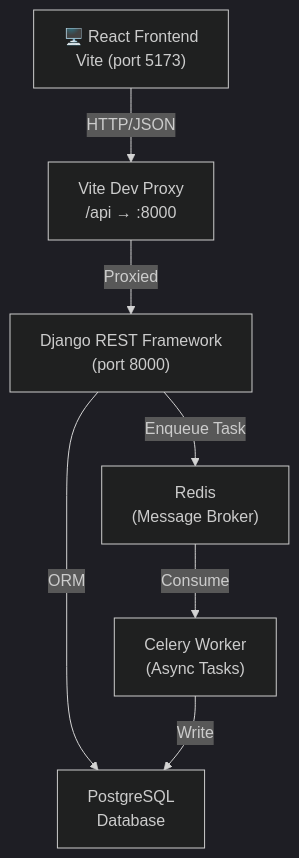
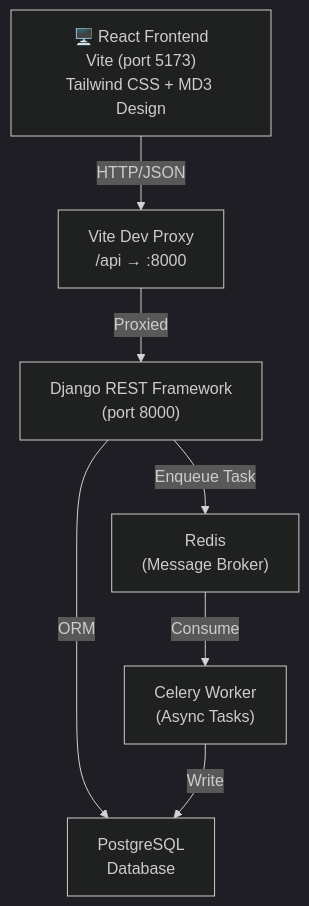
Before and after one commit to sharma614/Credit-Approval-System: the diagram in README.md, drawn with Mermaid (dark theme). The commit also changed other lines of this file and 25 other files, not shown here.

````diff
--- a/README.md
+++ b/README.md
@@ -18,16 +19,16 @@
 ```mermaid
 graph TD
-    FE["🖥️ React Frontend<br/>Vite (port 5173)"]
+    FE["🖥️ React Frontend<br/>Vite (port 5173)<br/>Tailwind CSS + MD3 Design"]
     NX["Vite Dev Proxy<br/>/api → :8000"]
     DRF["Django REST Framework<br/>(port 8000)"]
     PG["PostgreSQL<br/>Database"]
     CW["Celery Worker<br/>(Async Tasks)"]
     RD["Redis<br/>(Message Broker)"]
 
     FE -->|HTTP/JSON| NX
     NX -->|Proxied| DRF
     DRF -->|ORM| PG
     DRF -->|Enqueue Task| RD
     RD -->|Consume| CW
     CW -->|Write| PG
 ```
````
